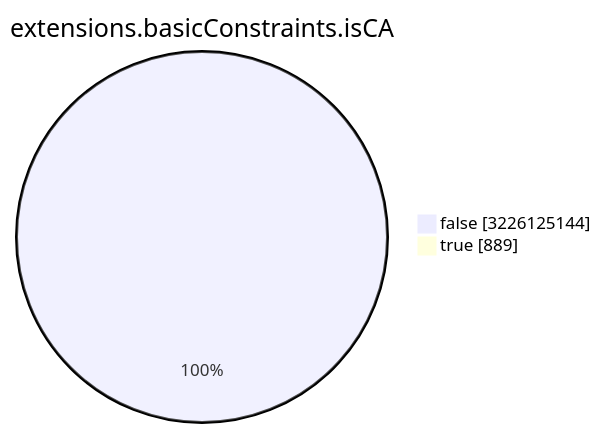
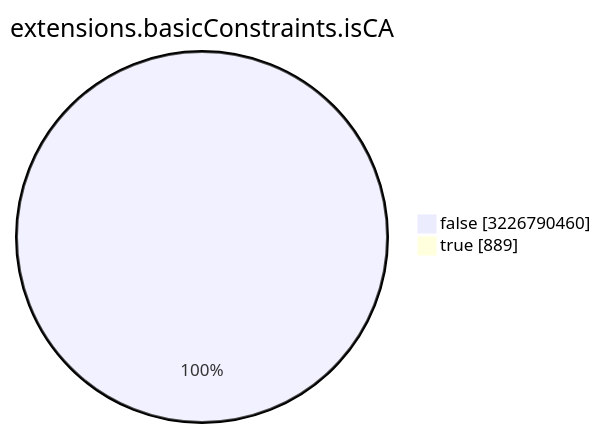
One commit to christiankrug/ctmonitor_visualization changed the seventh of 15 diagrams in TOTAL/README.md. Above: the diagram before and after it, drawn with Mermaid. The commit also changed other lines of this file, not shown here.

````diff
--- a/TOTAL/README.md
+++ b/TOTAL/README.md
@@ -3088,6 +3088,6 @@
 ```mermaid
 pie showData
 title extensions.basicConstraints.isCA
-"false" :3226125144
+"false" :3226790460
 "true" :889
 ```
````
